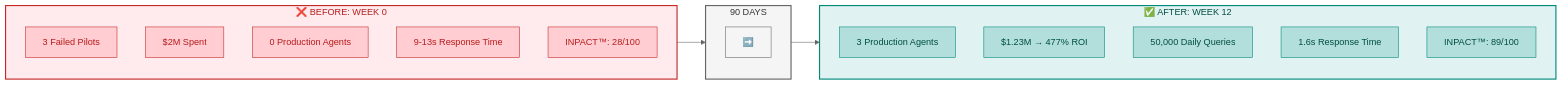
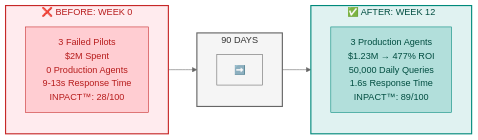
One commit to saitejesh-cyber/trust-before-intelligence-book changed the first of 4 diagrams in manuscript/chapter_0_trust_before_intelligence_v2_4.md. Above: the diagram before and after it, drawn with Mermaid (neutral theme). The commit also changed 23 other files, not shown here.

First line of the commit message:
Changed the entry diagram

````diff
--- a/manuscript/chapter_0_trust_before_intelligence_v2_4.md
+++ b/manuscript/chapter_0_trust_before_intelligence_v2_4.md
@@ -21,39 +21,28 @@
 ```mermaid
+
 graph LR
     subgraph BEFORE["❌ BEFORE: WEEK 0"]
-        B1["3 Failed Pilots"]
-        B2["$2M Spent"]
-        B3["0 Production Agents"]
-        B4["9-13s Response Time"]
-        B5["INPACT™: 28/100"]
+        direction TB
+        B1["3 Failed Pilots<br/>$2M Spent<br/>0 Production Agents<br/>9-13s Response Time<br/>INPACT™: 28/100"]
     end
     
     subgraph TRANSFORM["90 DAYS"]
+        direction TB
         T1["➡️"]
     end
     
     subgraph AFTER["✅ AFTER: WEEK 12"]
-        A1["3 Production Agents"]
-        A2["$1.23M → 477% ROI"]
-        A3["50,000 Daily Queries"]
-        A4["1.6s Response Time"]
-        A5["INPACT™: 89/100"]
+        direction TB
+        A1["3 Production Agents<br/>$1.23M → 477% ROI<br/>50,000 Daily Queries<br/>1.6s Response Time<br/>INPACT™: 89/100"]
     end
     
     BEFORE --> TRANSFORM --> AFTER
     
     style BEFORE fill:#ffebee,stroke:#c62828,stroke-width:2px,color:#b71c1c
     style TRANSFORM fill:#f5f5f5,stroke:#666666,stroke-width:2px,color:#333333
     style AFTER fill:#e0f2f1,stroke:#00897b,stroke-width:2px,color:#004d40
     style B1 fill:#ffcdd2,stroke:#c62828,color:#b71c1c
-    style B2 fill:#ffcdd2,stroke:#c62828,color:#b71c1c
-    style B3 fill:#ffcdd2,stroke:#c62828,color:#b71c1c
-    style B4 fill:#ffcdd2,stroke:#c62828,color:#b71c1c
-    style B5 fill:#ffcdd2,stroke:#c62828,color:#b71c1c
     style T1 fill:#f5f5f5,stroke:#666666,color:#333333
     style A1 fill:#b2dfdb,stroke:#00897b,color:#004d40
-    style A2 fill:#b2dfdb,stroke:#00897b,color:#004d40
-    style A3 fill:#b2dfdb,stroke:#00897b,color:#004d40
-    style A4 fill:#b2dfdb,stroke:#00897b,color:#004d40
-    style A5 fill:#b2dfdb,stroke:#00897b,color:#004d40
+    
 ```
````
